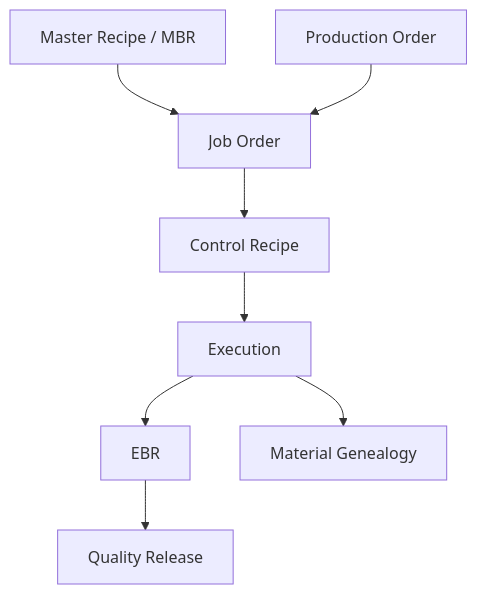
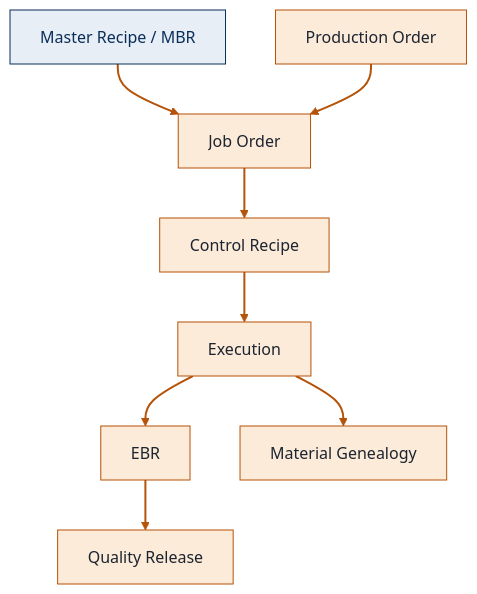
One commit to Gertjun/Manufacturing-Execution-System changed the diagram in docs/mes/BLUEPRINT.md. Above: the diagram before and after it, drawn with Mermaid. The commit also changed other lines of this file and 8 other files, not shown here.

Commit message:
docs: harmonize MES roadmap and architecture diagrams with B+ style

````diff
--- a/docs/mes/BLUEPRINT.md
+++ b/docs/mes/BLUEPRINT.md
@@ -7,10 +8,17 @@
 ```mermaid
+%%{init: {"theme":"base","themeVariables":{"lineColor":"#B45309","primaryTextColor":"#1B2430","fontFamily":"Arial, sans-serif"}}}%%
 flowchart TD
- M[Master Recipe / MBR] --> J[Job Order]
- O[Production Order] --> J
- J --> C[Control Recipe]
- C --> E[Execution]
- E --> B[EBR]
- B --> Q[Quality Release]
- E --> G[Material Genealogy]
+    M[Master Recipe / MBR] --> J[Job Order]
+    O[Production Order] --> J
+    J --> C[Control Recipe]
+    C --> E[Execution]
+    E --> B[EBR]
+    B --> Q[Quality Release]
+    E --> G[Material Genealogy]
+    classDef structuur fill:#E7EEF6,stroke:#0B2E59,color:#0B2E59
+    classDef uitvoering fill:#FDEBD9,stroke:#B45309,color:#1B2430
+    classDef ondersteuning fill:#F4F7F9,stroke:#6B7785,color:#1B2430
+    class M structuur
+    class O,J,C,E,B,Q,G uitvoering
+    linkStyle default stroke:#B45309,stroke-width:2px
 ```
````
